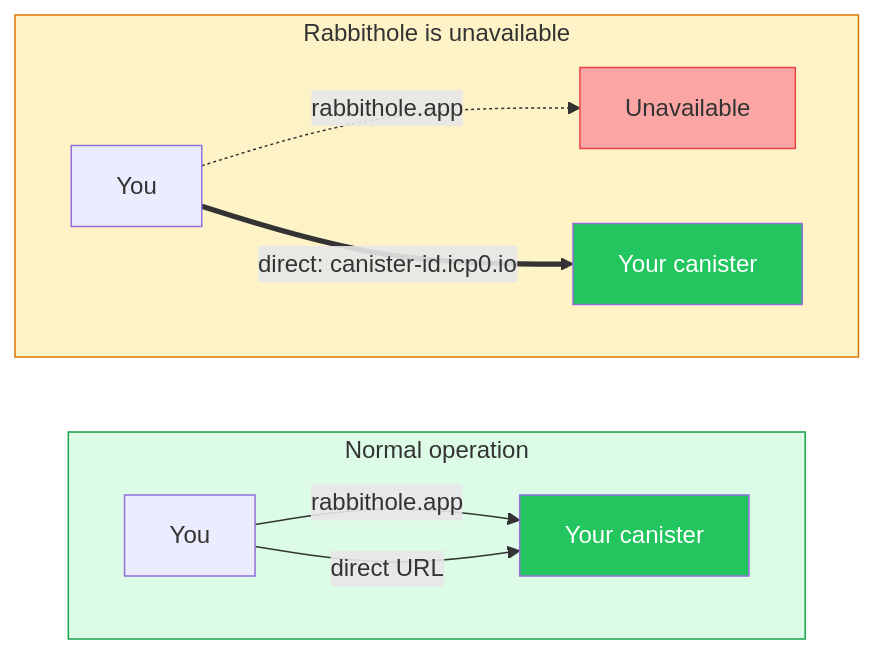
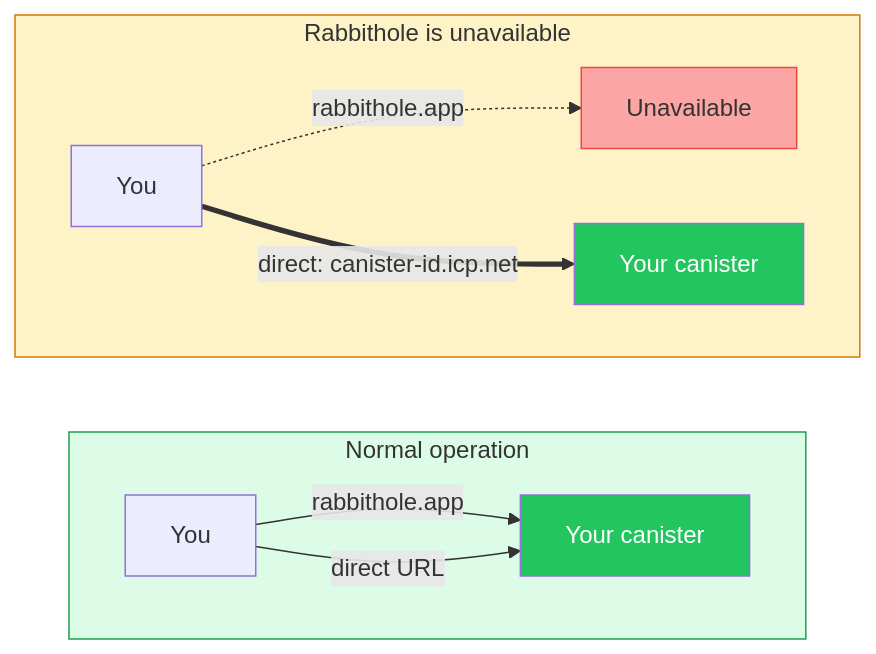
One commit to rabbithole-app/v2 changed the second of 2 diagrams in apps/docs/src/en/how-it-works/sovereignty/index.mdx. Above: the diagram before and after it, drawn with Mermaid. The commit also changed other lines of this file and 5 other files, not shown here.

Commit message:
docs: update direct canister gateway references

````diff
--- a/apps/docs/src/en/how-it-works/sovereignty/index.mdx
+++ b/apps/docs/src/en/how-it-works/sovereignty/index.mdx
@@ -114,18 +114,18 @@
 ```mermaid
 flowchart LR
     subgraph NORMAL["Normal operation"]
         direction LR
         U1[You] -->|rabbithole.app| C1[Your canister]
         U1 -->|direct URL| C1
     end
     subgraph GONE["Rabbithole is unavailable"]
         direction LR
         U2[You] -.->|rabbithole.app| X[Unavailable]
-        U2 ==>|"direct: canister-id.icp0.io"| C2[Your canister]
+        U2 ==>|"direct: canister-id.icp.net"| C2[Your canister]
     end
     style NORMAL fill:#dcfce7,stroke:#16a34a
     style GONE fill:#fef3c7,stroke:#d97706
     style X fill:#fca5a5,stroke:#ef4444
     style C1 fill:#22c55e,color:#fff
     style C2 fill:#22c55e,color:#fff
 ```
````
